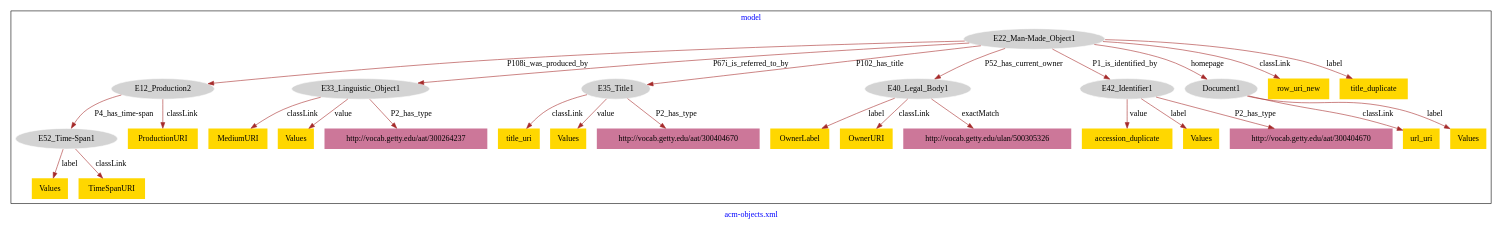
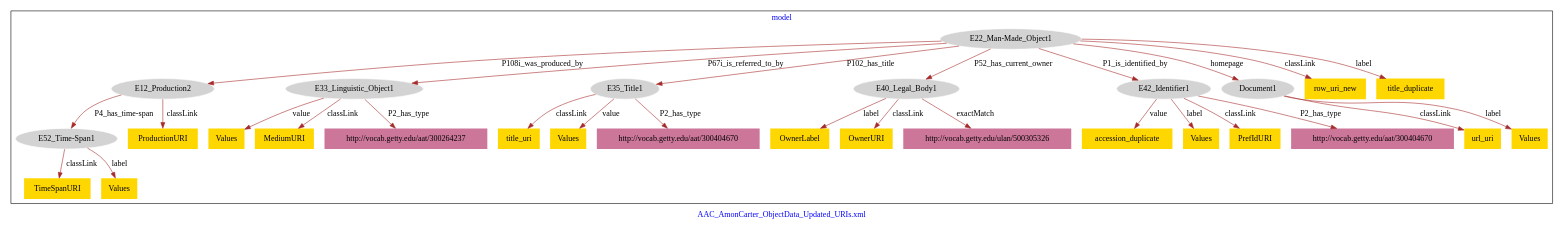
Before and after one commit to american-art/acm: the diagram in acm-objects/acm-objects-model.dot, drawn with Graphviz.

Commit message:
Update file acm-objects-model.dot

```diff
--- a/acm-objects/acm-objects-model.dot
+++ b/acm-objects/acm-objects-model.dot
@@ -1,61 +1,63 @@
 digraph n0 {
 fontcolor="blue"
 remincross="true"
-label="acm-objects.xml"
+label="AAC_AmonCarter_ObjectData_Updated_URIs.xml"
 subgraph cluster {
 label="model"
 n2[style="filled",color="white",fillcolor="lightgray",label="E12_Production2"];
 n3[style="filled",color="white",fillcolor="lightgray",label="E52_Time-Span1"];
 n4[style="filled",color="white",fillcolor="lightgray",label="E22_Man-Made_Object1"];
 n5[style="filled",color="white",fillcolor="lightgray",label="E33_Linguistic_Object1"];
 n6[style="filled",color="white",fillcolor="lightgray",label="E35_Title1"];
 n7[style="filled",color="white",fillcolor="lightgray",label="E40_Legal_Body1"];
 n8[style="filled",color="white",fillcolor="lightgray",label="E42_Identifier1"];
 n9[style="filled",color="white",fillcolor="lightgray",label="Document1"];
-n10[shape="plaintext",style="filled",fillcolor="gold",label="row_uri_new"];
-n11[shape="plaintext",style="filled",fillcolor="gold",label="title_uri"];
-n12[shape="plaintext",style="filled",fillcolor="gold",label="OwnerLabel"];
-n13[shape="plaintext",style="filled",fillcolor="gold",label="Values"];
-n14[shape="plaintext",style="filled",fillcolor="gold",label="accession_duplicate"];
-n15[shape="plaintext",style="filled",fillcolor="gold",label="MediumURI"];
+n10[shape="plaintext",style="filled",fillcolor="gold",label="OwnerLabel"];
+n11[shape="plaintext",style="filled",fillcolor="gold",label="url_uri"];
+n12[shape="plaintext",style="filled",fillcolor="gold",label="Values"];
+n13[shape="plaintext",style="filled",fillcolor="gold",label="TimeSpanURI"];
+n14[shape="plaintext",style="filled",fillcolor="gold",label="title_uri"];
+n15[shape="plaintext",style="filled",fillcolor="gold",label="accession_duplicate"];
 n16[shape="plaintext",style="filled",fillcolor="gold",label="Values"];
-n17[shape="plaintext",style="filled",fillcolor="gold",label="url_uri"];
-n18[shape="plaintext",style="filled",fillcolor="gold",label="Values"];
+n17[shape="plaintext",style="filled",fillcolor="gold",label="row_uri_new"];
+n18[shape="plaintext",style="filled",fillcolor="gold",label="PrefIdURI"];
 n19[shape="plaintext",style="filled",fillcolor="gold",label="Values"];
 n20[shape="plaintext",style="filled",fillcolor="gold",label="Values"];
-n21[shape="plaintext",style="filled",fillcolor="gold",label="OwnerURI"];
-n22[shape="plaintext",style="filled",fillcolor="gold",label="title_duplicate"];
-n23[shape="plaintext",style="filled",fillcolor="gold",label="TimeSpanURI"];
-n24[shape="plaintext",style="filled",fillcolor="gold",label="ProductionURI"];
-n25[shape="plaintext",style="filled",fillcolor="#CC7799",label="http://vocab.getty.edu/aat/300404670"];
-n26[shape="plaintext",style="filled",fillcolor="#CC7799",label="http://vocab.getty.edu/ulan/500305326"];
-n27[shape="plaintext",style="filled",fillcolor="#CC7799",label="http://vocab.getty.edu/aat/300404670"];
-n28[shape="plaintext",style="filled",fillcolor="#CC7799",label="http://vocab.getty.edu/aat/300264237"];
+n21[shape="plaintext",style="filled",fillcolor="gold",label="title_duplicate"];
+n22[shape="plaintext",style="filled",fillcolor="gold",label="MediumURI"];
+n23[shape="plaintext",style="filled",fillcolor="gold",label="Values"];
+n24[shape="plaintext",style="filled",fillcolor="gold",label="OwnerURI"];
+n25[shape="plaintext",style="filled",fillcolor="gold",label="ProductionURI"];
+n26[shape="plaintext",style="filled",fillcolor="#CC7799",label="http://vocab.getty.edu/aat/300404670"];
+n27[shape="plaintext",style="filled",fillcolor="#CC7799",label="http://vocab.getty.edu/ulan/500305326"];
+n28[shape="plaintext",style="filled",fillcolor="#CC7799",label="http://vocab.getty.edu/aat/300404670"];
+n29[shape="plaintext",style="filled",fillcolor="#CC7799",label="http://vocab.getty.edu/aat/300264237"];
 }
 n2 -> n3[color="brown",fontcolor="black",label="P4_has_time-span"]
 n4 -> n2[color="brown",fontcolor="black",label="P108i_was_produced_by"]
 n4 -> n5[color="brown",fontcolor="black",label="P67i_is_referred_to_by"]
 n4 -> n6[color="brown",fontcolor="black",label="P102_has_title"]
 n4 -> n7[color="brown",fontcolor="black",label="P52_has_current_owner"]
 n4 -> n8[color="brown",fontcolor="black",label="P1_is_identified_by"]
 n4 -> n9[color="brown",fontcolor="black",label="homepage"]
-n4 -> n10[color="brown",fontcolor="black",label="classLink"]
-n6 -> n11[color="brown",fontcolor="black",label="classLink"]
-n7 -> n12[color="brown",fontcolor="black",label="label"]
-n6 -> n13[color="brown",fontcolor="black",label="value"]
-n8 -> n14[color="brown",fontcolor="black",label="value"]
-n5 -> n15[color="brown",fontcolor="black",label="classLink"]
-n5 -> n16[color="brown",fontcolor="black",label="value"]
-n9 -> n17[color="brown",fontcolor="black",label="classLink"]
-n9 -> n18[color="brown",fontcolor="black",label="label"]
-n3 -> n19[color="brown",fontcolor="black",label="label"]
-n8 -> n20[color="brown",fontcolor="black",label="label"]
-n7 -> n21[color="brown",fontcolor="black",label="classLink"]
-n4 -> n22[color="brown",fontcolor="black",label="label"]
-n3 -> n23[color="brown",fontcolor="black",label="classLink"]
-n2 -> n24[color="brown",fontcolor="black",label="classLink"]
-n6 -> n25[color="brown",fontcolor="black",label="P2_has_type"]
-n7 -> n26[color="brown",fontcolor="black",label="exactMatch"]
-n8 -> n27[color="brown",fontcolor="black",label="P2_has_type"]
-n5 -> n28[color="brown",fontcolor="black",label="P2_has_type"]
+n7 -> n10[color="brown",fontcolor="black",label="label"]
+n9 -> n11[color="brown",fontcolor="black",label="classLink"]
+n9 -> n12[color="brown",fontcolor="black",label="label"]
+n3 -> n13[color="brown",fontcolor="black",label="classLink"]
+n6 -> n14[color="brown",fontcolor="black",label="classLink"]
+n8 -> n15[color="brown",fontcolor="black",label="value"]
+n8 -> n16[color="brown",fontcolor="black",label="label"]
+n4 -> n17[color="brown",fontcolor="black",label="classLink"]
+n8 -> n18[color="brown",fontcolor="black",label="classLink"]
+n5 -> n19[color="brown",fontcolor="black",label="value"]
+n3 -> n20[color="brown",fontcolor="black",label="label"]
+n4 -> n21[color="brown",fontcolor="black",label="label"]
+n5 -> n22[color="brown",fontcolor="black",label="classLink"]
+n6 -> n23[color="brown",fontcolor="black",label="value"]
+n7 -> n24[color="brown",fontcolor="black",label="classLink"]
+n2 -> n25[color="brown",fontcolor="black",label="classLink"]
+n6 -> n26[color="brown",fontcolor="black",label="P2_has_type"]
+n7 -> n27[color="brown",fontcolor="black",label="exactMatch"]
+n8 -> n28[color="brown",fontcolor="black",label="P2_has_type"]
+n5 -> n29[color="brown",fontcolor="black",label="P2_has_type"]
 }
```
